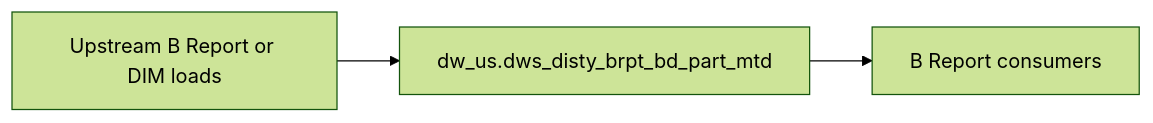
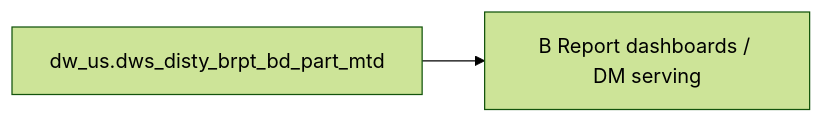
One commit to chengduhaha/data_agent changed the diagram in backend/defaults/b_report/workspace/target/knowledgebase/b-report-us/dws_disty_brpt_bd_part_mtd.md. Above: the diagram before and after it, drawn with Mermaid (forest theme). The commit also changed other lines of this file and 1108 other files, not shown here.

````diff
--- a/backend/defaults/b_report/workspace/target/knowledgebase/b-report-us/dws_disty_brpt_bd_part_mtd.md
+++ b/backend/defaults/b_report/workspace/target/knowledgebase/b-report-us/dws_disty_brpt_bd_part_mtd.md
@@ -159,8 +282,6 @@
 ```mermaid
 flowchart LR
-  upstream[Upstream B Report or DIM loads]
-  tgt["dw_us.dws_disty_brpt_bd_part_mtd"]
-  brpt[B Report consumers]
-  upstream --> tgt
-  tgt --> brpt
+  dw_us_dws_disty_brpt_bd_part_mtd["dw_us.dws_disty_brpt_bd_part_mtd"]
+  consumers["B Report dashboards / DM serving"]
+  dw_us_dws_disty_brpt_bd_part_mtd --> consumers
 ```
````
